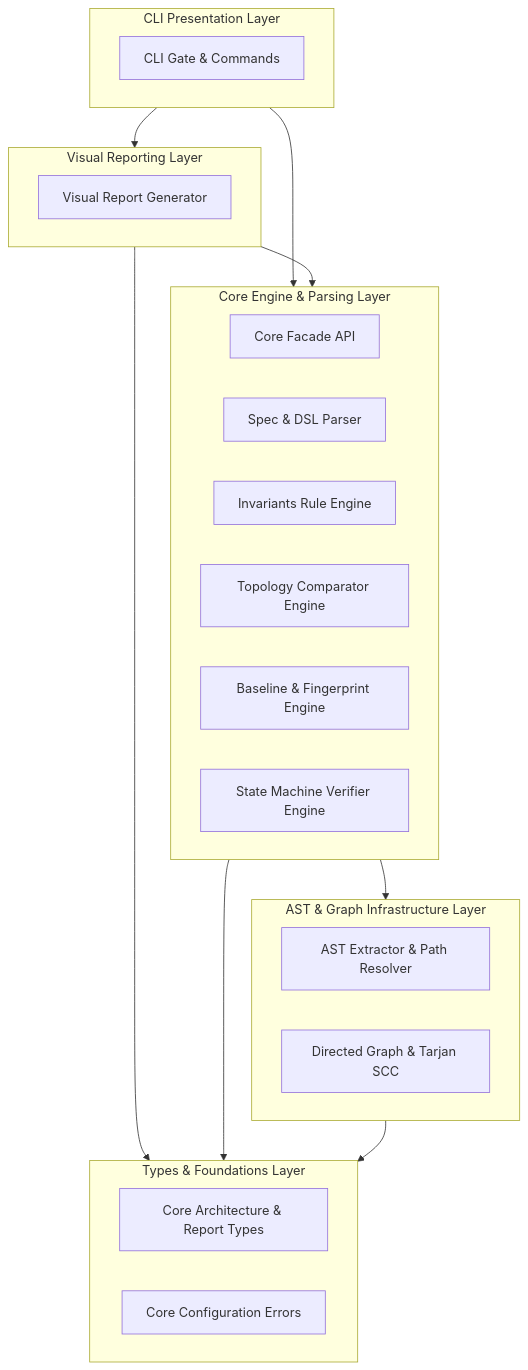
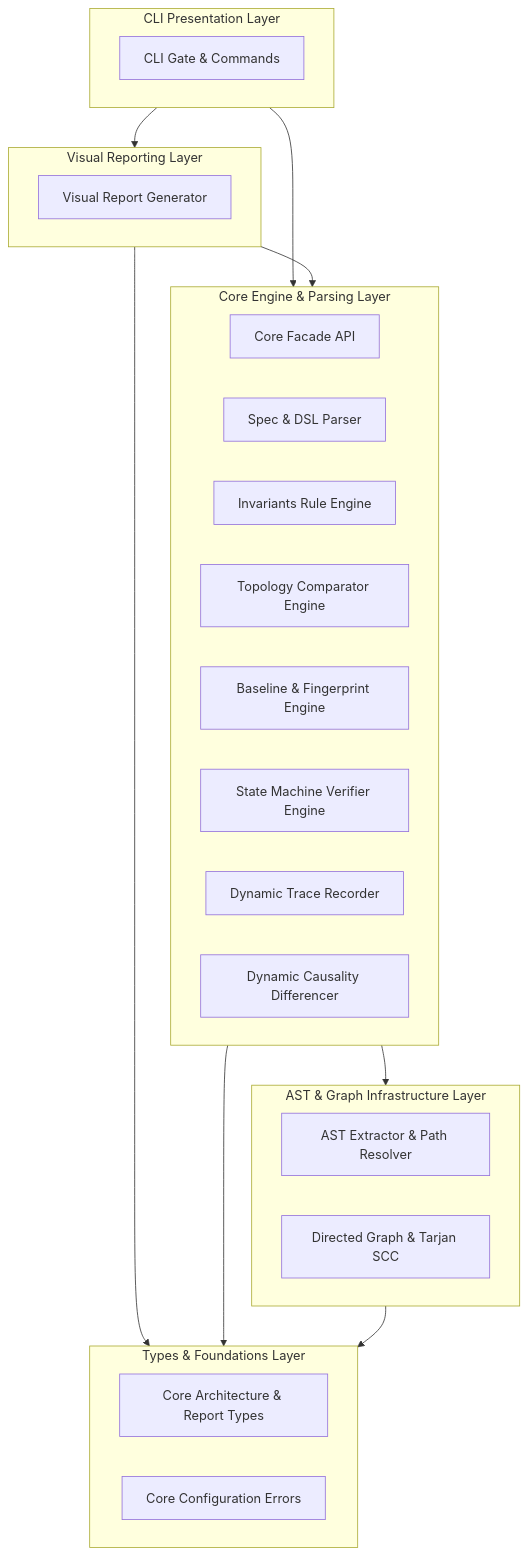
One commit to blacktea1526/SextantDrift changed the first of 2 diagrams in ARCHITECTURE.md. Above: the diagram before and after it, drawn with Mermaid. The commit also changed other lines of this file and 24 other files, not shown here.

Commit message:
feat(core): implement Phase 5 Dynamic Trace and Causality Engine

````diff
--- a/ARCHITECTURE.md
+++ b/ARCHITECTURE.md
@@ -11,33 +11,35 @@
 ```mermaid
 flowchart TD
     subgraph cli ["CLI Presentation Layer"]
         CliGate["CLI Gate & Commands"]
     end
     subgraph reporting ["Visual Reporting Layer"]
         WebReport["Visual Report Generator"]
     end
     subgraph engine ["Core Engine & Parsing Layer"]
         CoreFacade["Core Facade API"]
         SpecParser["Spec & DSL Parser"]
         InvariantsEngine["Invariants Rule Engine"]
         ComparatorEngine["Topology Comparator Engine"]
         BaselineEngine["Baseline & Fingerprint Engine"]
         StateEngine["State Machine Verifier Engine"]
+        TraceRecorder["Dynamic Trace Recorder"]
+        CausalityEngine["Dynamic Causality Differencer"]
     end
     subgraph infrastructure ["AST & Graph Infrastructure Layer"]
         AstAnalyzer["AST Extractor & Path Resolver"]
         GraphAlgorithms["Directed Graph & Tarjan SCC"]
     end
     subgraph contracts ["Types & Foundations Layer"]
         CoreContracts["Core Architecture & Report Types"]
         CoreErrors["Core Configuration Errors"]
     end
 
     cli --> reporting
     cli --> engine
     reporting --> engine
     reporting --> contracts
     engine --> infrastructure
     engine --> contracts
     infrastructure --> contracts
 ```
````
